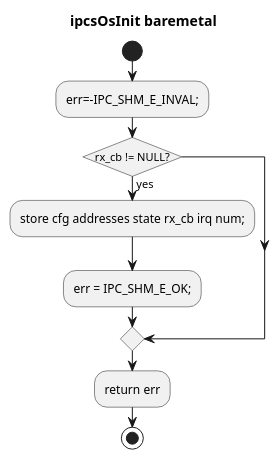
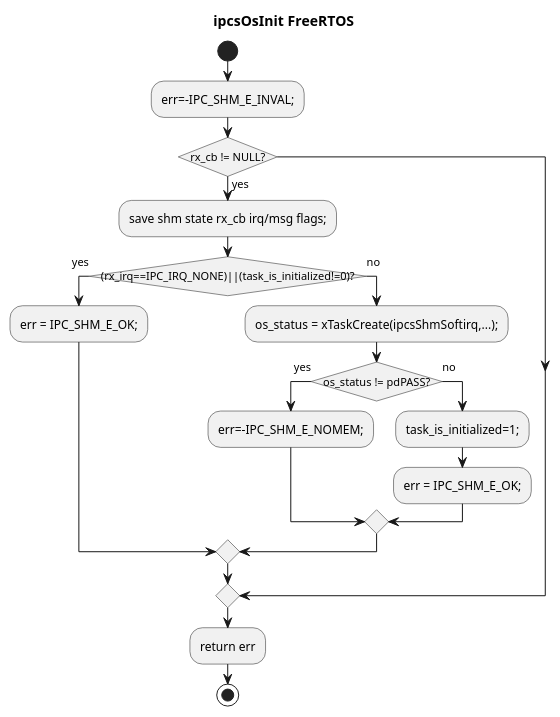
Before and after one commit to Mastang1/sad_sdd_proj: the diagram in c1_sdd_linux-ipcs/cursor_tmp/flow_umls/3_4_49.puml, drawn with PlantUML. The commit also changed 53 other files, not shown here.

```diff
--- a/c1_sdd_linux-ipcs/cursor_tmp/flow_umls/3_4_49.puml
+++ b/c1_sdd_linux-ipcs/cursor_tmp/flow_umls/3_4_49.puml
@@ -1,14 +1,24 @@
 @startuml
 !pragma layout smetana
 skinparam conditionStyle insideDiamond
 skinparam linetype ortho
-title ipcsOsInit baremetal
+title ipcsOsInit FreeRTOS
 start
 :err=-IPC_SHM_E_INVAL;;
 if (rx_cb != NULL?) then (yes)
-  :store cfg addresses state rx_cb irq num;;
-  :err = IPC_SHM_E_OK;;
+  :save shm state rx_cb irq/msg flags;;
+  if ((rx_irq==IPC_IRQ_NONE)||(task_is_initialized!=0)?) then (yes)
+    :err = IPC_SHM_E_OK;;
+  else (no)
+    :os_status = xTaskCreate(ipcsShmSoftirq,...);;
+    if (os_status != pdPASS?) then (yes)
+      :err=-IPC_SHM_E_NOMEM;;
+    else (no)
+      :task_is_initialized=1;;
+      :err = IPC_SHM_E_OK;;
+    endif
+  endif
 endif
 :return err;
 stop
 @enduml
```
